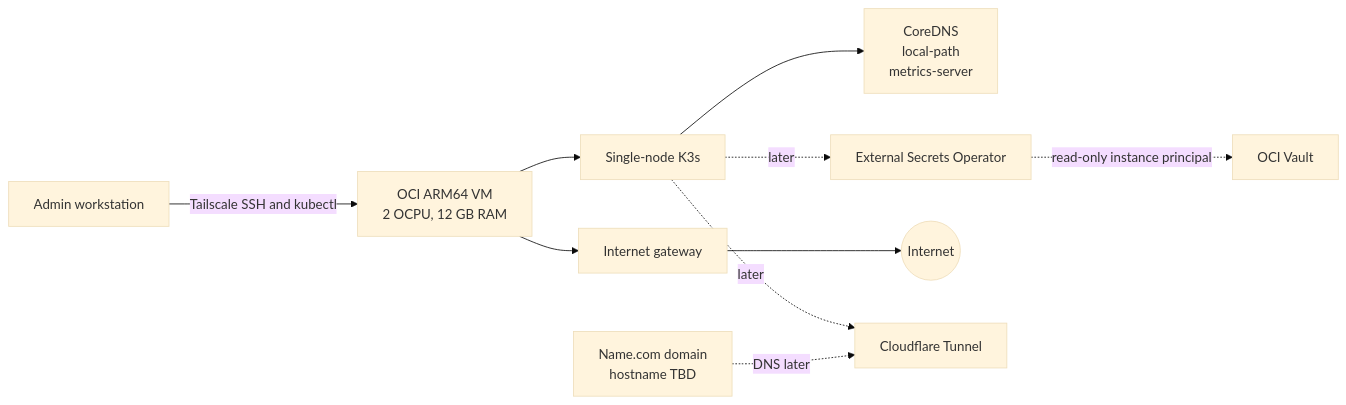
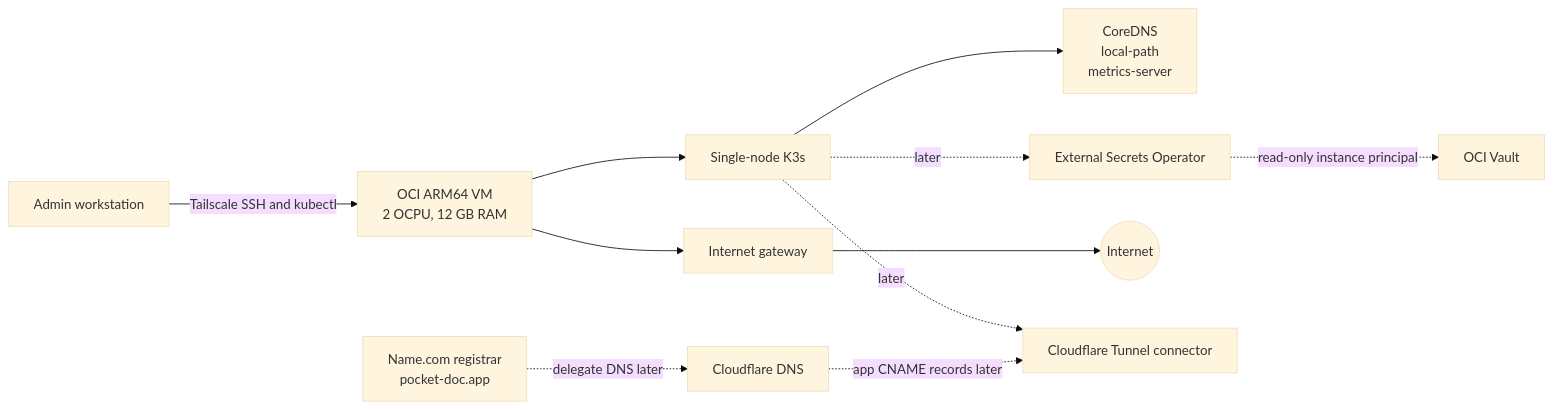
Before and after one commit to Disease-Prediction-ASET26/disease-prediction-infra: the third of 3 diagrams in README.md, drawn with Mermaid (base theme). The commit also changed other lines of this file, not shown here.

Commit message:
Document registered domain and tunnel direction (#16)

````diff
--- a/README.md
+++ b/README.md
@@ -95,10 +95,11 @@
 ```mermaid
 flowchart LR
   admin[Admin workstation] -->|Tailscale SSH and kubectl| vm[OCI ARM64 VM<br/>2 OCPU, 12 GB RAM]
   vm --> cluster[Single-node K3s] --> pods[CoreDNS<br/>local-path<br/>metrics-server]
   cluster -. later .-> eso[External Secrets Operator]
   eso -. read-only instance principal .-> vault[OCI Vault]
   vm --> gateway[Internet gateway] --> internet((Internet))
-  cluster -. later .-> tunnel[Cloudflare Tunnel]
-  domain[Name.com domain<br/>hostname TBD] -. DNS later .-> tunnel
+  cluster -. later .-> tunnel[Cloudflare Tunnel connector]
+  domain[Name.com registrar<br/>pocket-doc.app] -. delegate DNS later .-> dns[Cloudflare DNS]
+  dns -. app CNAME records later .-> tunnel
 ```
````
